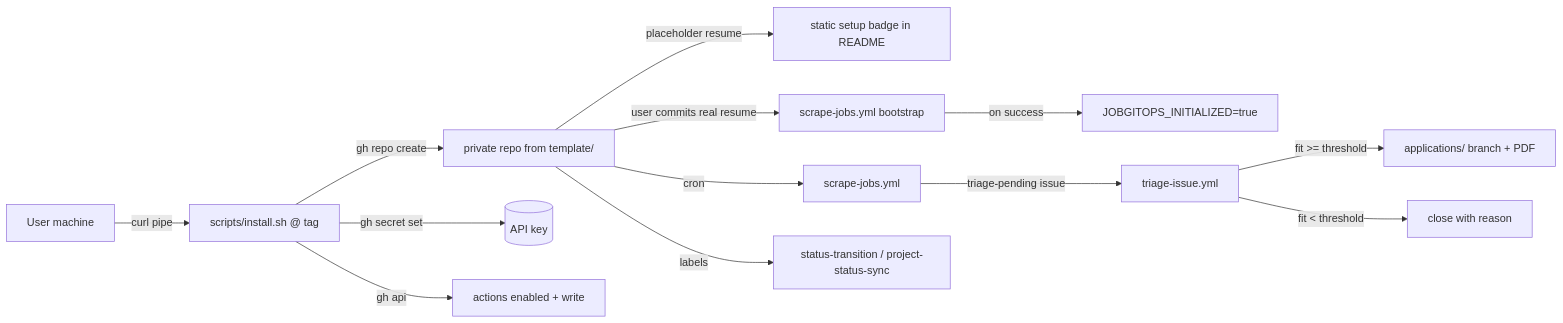
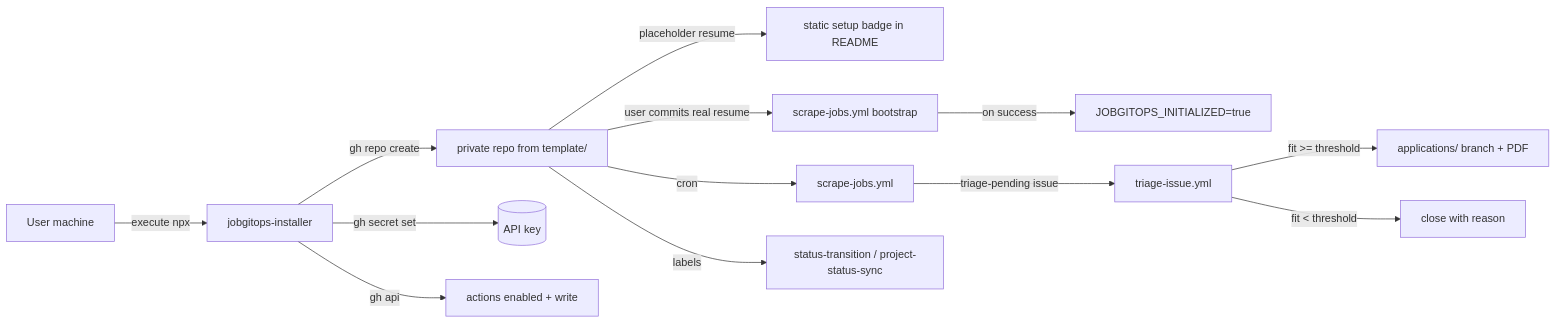
The diagram in specs/bootstrap-installer.md (menil/JobGitOps), drawn with Mermaid before and after one commit. The commit also changed other lines of this file and 19 other files, not shown here.

````diff
--- a/specs/bootstrap-installer.md
+++ b/specs/bootstrap-installer.md
@@ -47,17 +47,17 @@
 ```mermaid
 flowchart LR
-    U[User machine] -->|curl pipe| IS[scripts/install.sh @ tag]
+    U[User machine] -->|execute npx| IS[jobgitops-installer]
     IS -->|gh repo create| R[private repo from template/]
     IS -->|gh secret set| S[(API key)]
     IS -->|gh api| P[actions enabled + write]
 
     R -->|placeholder resume| B1[static setup badge in README]
     R -->|user commits real resume| W2[scrape-jobs.yml bootstrap]
     W2 -->|on success| V[JOBGITOPS_INITIALIZED=true]
 
     R -->|cron| C[scrape-jobs.yml]
     C -->|triage-pending issue| T[triage-issue.yml]
     T -->|fit >= threshold| B[applications/ branch + PDF]
     T -->|fit < threshold| X[close with reason]
     R -->|labels| SY[status-transition / project-status-sync]
 ```
````
